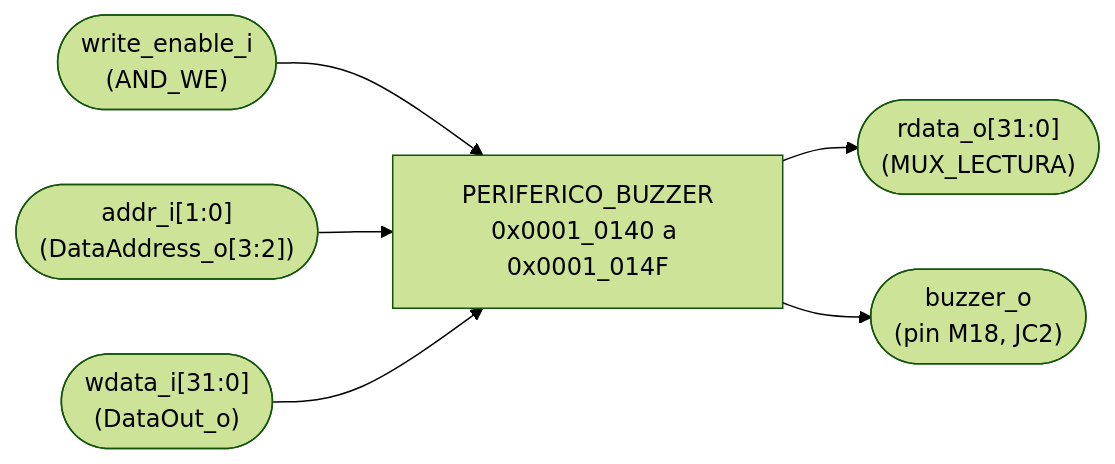
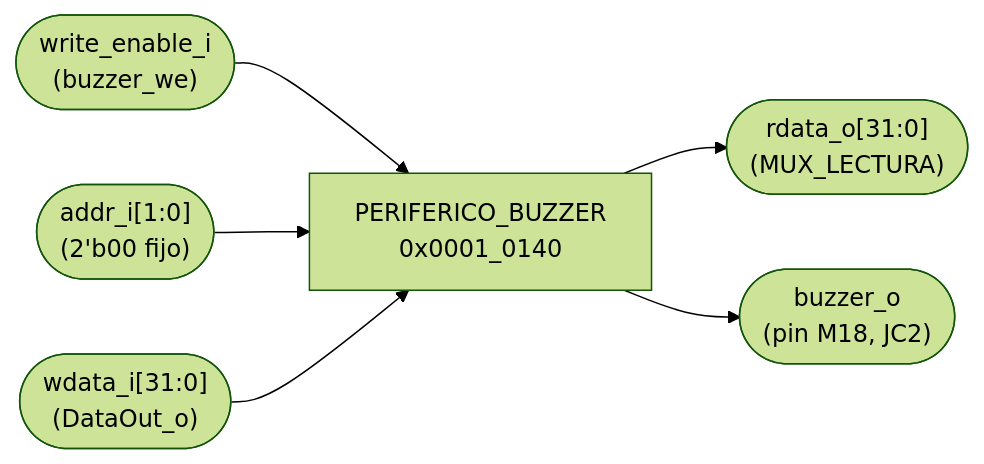
The first of 2 diagrams in docs/diseño/modulos/PERIFERICO_BUZZER.md (Taller-de-diseno-digital-GR01/Proyecto-3-Batalla-Naval), drawn with Mermaid (forest theme) before and after one commit. The commit also changed other lines of this file, not shown here.

Commit message:
Buzzer decodificado en 0x0001_0140 exacto, con buzzer_we del Address Translator

````diff
--- a/docs/diseño/modulos/PERIFERICO_BUZZER.md
+++ b/docs/diseño/modulos/PERIFERICO_BUZZER.md
@@ -9,8 +9,8 @@
 ```mermaid
 flowchart LR
-    IN_WE(["write_enable_i<br/>(AND_WE)"]) --> PBUZ["PERIFERICO_BUZZER<br/>0x0001_0140 a 0x0001_014F"]
-    IN_ADDR(["addr_i[1:0]<br/>(DataAddress_o[3:2])"]) --> PBUZ
+    IN_WE(["write_enable_i<br/>(buzzer_we)"]) --> PBUZ["PERIFERICO_BUZZER<br/>0x0001_0140"]
+    IN_ADDR(["addr_i[1:0]<br/>(2'b00 fijo)"]) --> PBUZ
     IN_WD(["wdata_i[31:0]<br/>(DataOut_o)"]) --> PBUZ
     PBUZ --> OUT_RD(["rdata_o[31:0]<br/>(MUX_LECTURA)"])
     PBUZ --> OUT_BUZ(["buzzer_o<br/>(pin M18, JC2)"])
 ```
````
